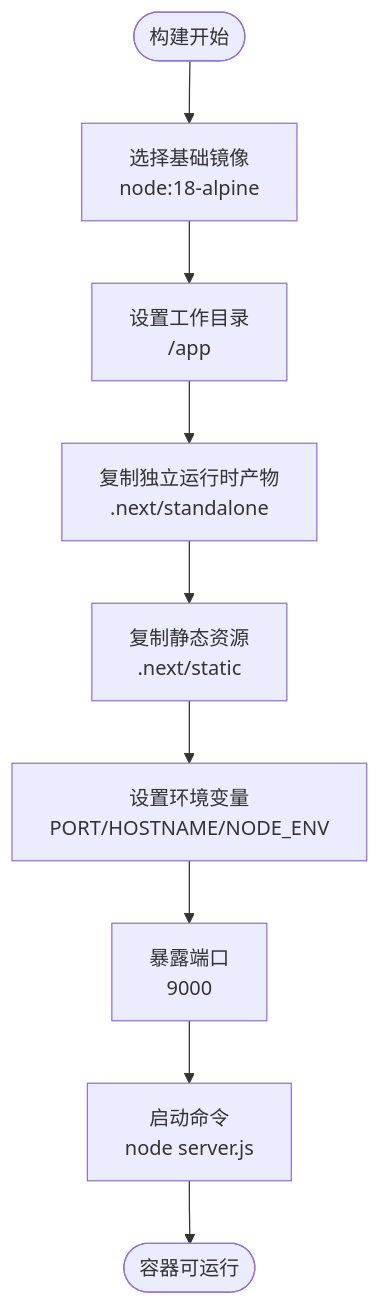
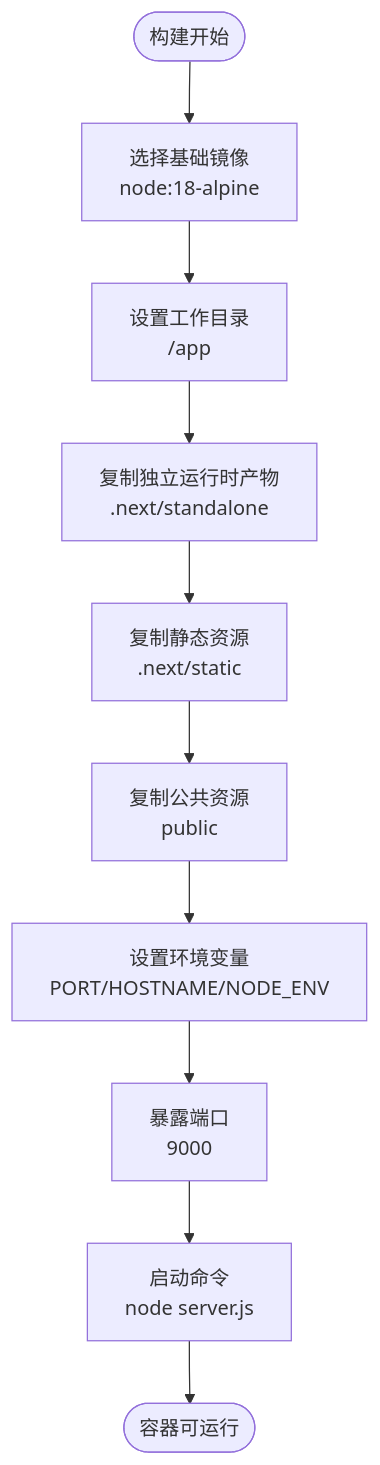
One commit to zuozuoliu740-cmd/xianxiong-news changed the third of 8 diagrams in .qoder/repowiki/zh/content/部署和运维/Docker容器化部署.md. Above: the diagram before and after it, drawn with Mermaid. The commit also changed other lines of this file and 11 other files, not shown here.

````diff
--- a/.qoder/repowiki/zh/content/部署和运维/Docker容器化部署.md
+++ b/.qoder/repowiki/zh/content/部署和运维/Docker容器化部署.md
@@ -149,11 +180,12 @@
 ```mermaid
 flowchart TD
 Start(["构建开始"]) --> Base["选择基础镜像<br/>node:18-alpine"]
 Base --> Workdir["设置工作目录<br/>/app"]
 Workdir --> CopyStandalone["复制独立运行时产物<br/>.next/standalone"]
 CopyStandalone --> CopyStatic["复制静态资源<br/>.next/static"]
-CopyStatic --> Env["设置环境变量<br/>PORT/HOSTNAME/NODE_ENV"]
+CopyStatic --> CopyPublic["复制公共资源<br/>public"]
+CopyPublic --> Env["设置环境变量<br/>PORT/HOSTNAME/NODE_ENV"]
 Env --> Expose["暴露端口<br/>9000"]
 Expose --> Cmd["启动命令<br/>node server.js"]
 Cmd --> End(["容器可运行"])
 ```
````
